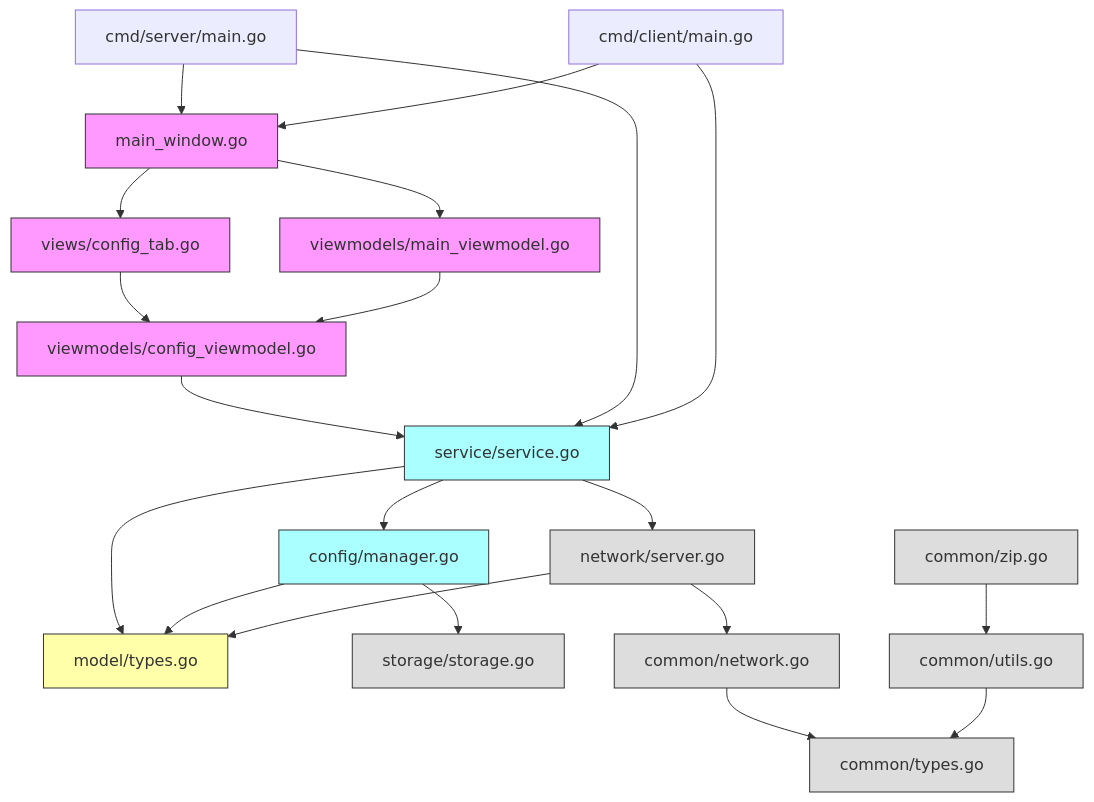
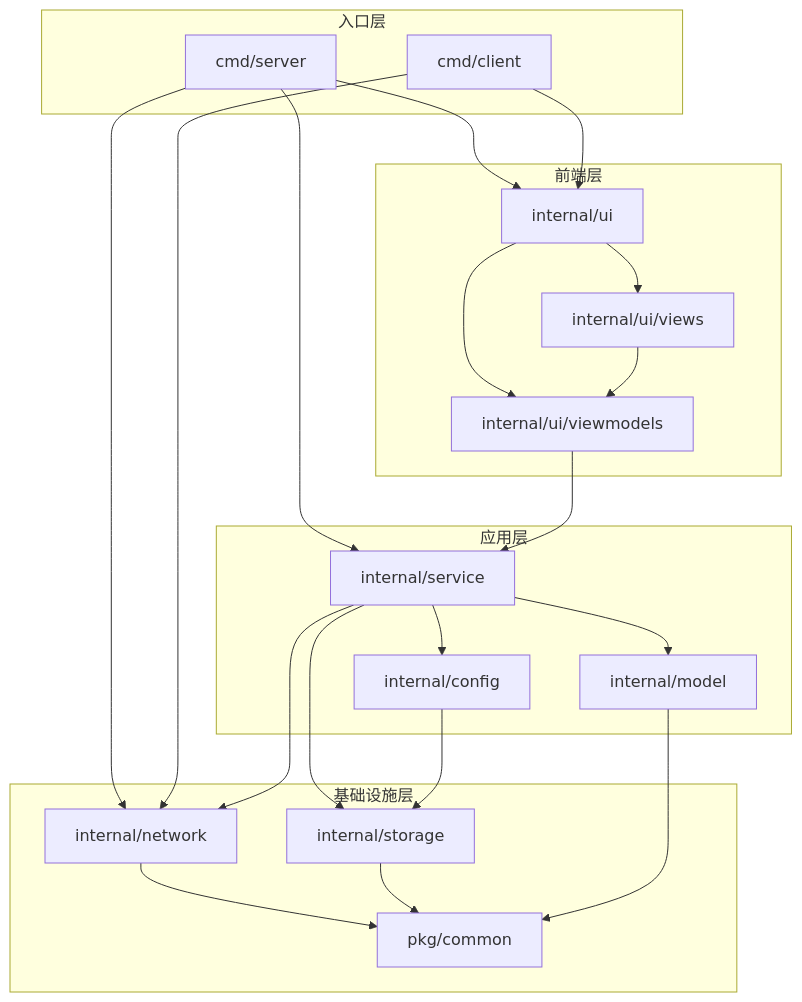
Before and after one commit to KlN-4096/synctools: the diagram in CODEBASE.md, drawn with Mermaid. The commit also changed other lines of this file and 13 other files, not shown here.

````diff
--- a/CODEBASE.md
+++ b/CODEBASE.md
@@ -283,40 +232,43 @@
 ```mermaid
-graph TD
-    %% 前端层
-    config_tab[views/config_tab.go] --> config_vm[viewmodels/config_viewmodel.go]
-    main_window[main_window.go] --> config_tab
-    main_window --> main_vm[viewmodels/main_viewmodel.go]
-    main_vm --> config_vm
-    config_vm --> service[service/service.go]
-    
-    %% 应用层
-    service --> model[model/types.go]
-    service --> config_mgr[config/manager.go]
-    service --> network[network/server.go]
-    config_mgr --> storage[storage/storage.go]
-    config_mgr --> model
-    
-    %% 基础设施层
-    network --> model
-    network --> common_network[common/network.go]
-    common_network --> common_types[common/types.go]
-    common_utils[common/utils.go] --> common_types
-    common_zip[common/zip.go] --> common_utils
-    
-    %% 入口文件
-    server_main[cmd/server/main.go] --> service
-    server_main --> main_window
-    client_main[cmd/client/main.go] --> service
-    client_main --> main_window
-    
-    %% 样式
-    classDef frontend fill:#f9f,stroke:#333
-    classDef application fill:#aff,stroke:#333
-    classDef domain fill:#ffa,stroke:#333
-    classDef infrastructure fill:#ddd,stroke:#333
-    
-    class config_tab,config_vm,main_window,main_vm frontend
-    class service,config_mgr application
-    class model domain
-    class network,storage,common_network,common_types,common_utils,common_zip infrastructure
+graph TB
+    subgraph 前端层
+        UI[internal/ui]
+        Views[internal/ui/views]
+        ViewModels[internal/ui/viewmodels]
+        UI --> Views
+        UI --> ViewModels
+        Views --> ViewModels
+    end
+
+    subgraph 应用层
+        Service[internal/service]
+        Config[internal/config]
+        Model[internal/model]
+        Service --> Config
+        Service --> Model
+    end
+
+    subgraph 基础设施层
+        Network[internal/network]
+        Storage[internal/storage]
+        Common[pkg/common]
+        Network --> Common
+        Storage --> Common
+    end
+
+    subgraph 入口层
+        Server[cmd/server]
+        Client[cmd/client]
+        Server --> Service
+        Server --> Network
+        Server --> UI
+        Client --> Network
+        Client --> UI
+    end
+
+    ViewModels --> Service
+    Service --> Network
+    Service --> Storage
+    Config --> Storage
+    Model --> Common
 ```
````
